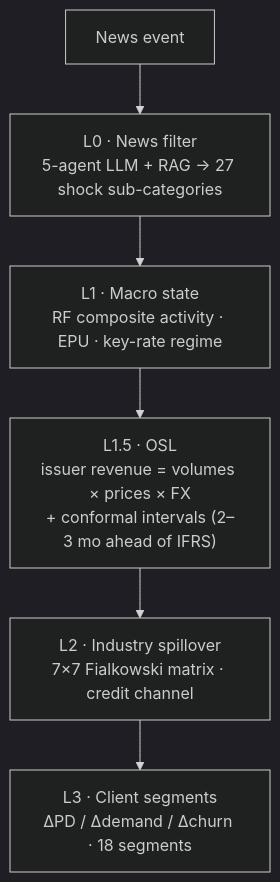
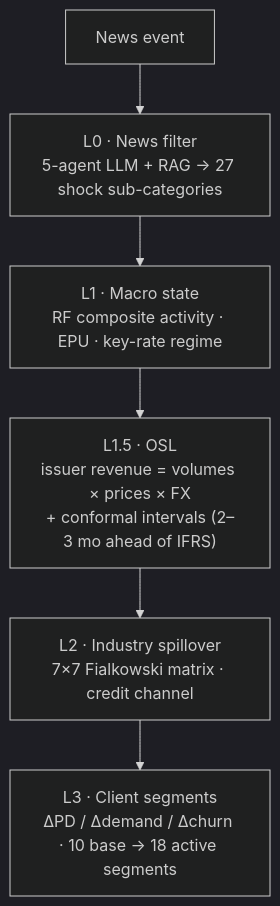
One commit to white-mi/jmlc_project changed the diagram in README.md. Above: the diagram before and after it, drawn with Mermaid (dark theme). The commit also changed other lines of this file and 18 other files, not shown here.

````diff
--- a/README.md
+++ b/README.md
@@ -37,8 +37,8 @@
 ```mermaid
 flowchart TD
     N["News event"] --> L0["L0 · News filter<br/>5-agent LLM + RAG → 27 shock sub-categories"]
     L0 --> L1["L1 · Macro state<br/>RF composite activity · EPU · key-rate regime"]
     L1 --> L15["L1.5 · OSL<br/>issuer revenue = volumes × prices × FX<br/>+ conformal intervals (2–3 mo ahead of IFRS)"]
     L15 --> L2["L2 · Industry spillover<br/>7×7 Fialkowski matrix · credit channel"]
-    L2 --> L3["L3 · Client segments<br/>ΔPD / Δdemand / Δchurn · 18 segments"]
+    L2 --> L3["L3 · Client segments<br/>ΔPD / Δdemand / Δchurn · 10 base → 18 active segments"]
 ```
````
